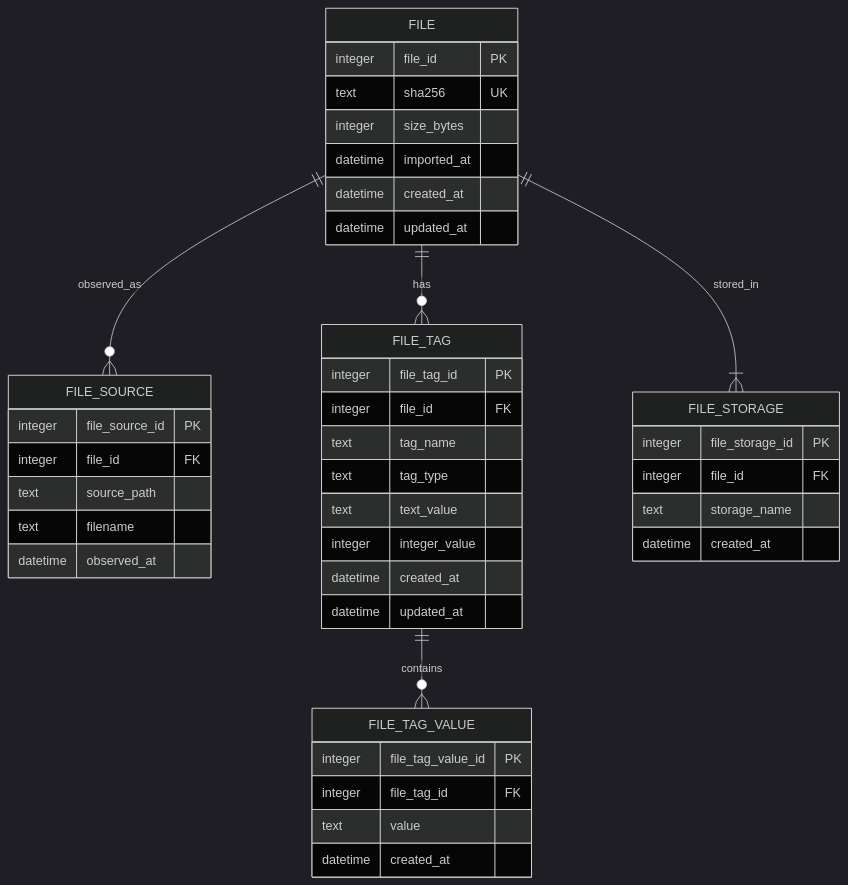
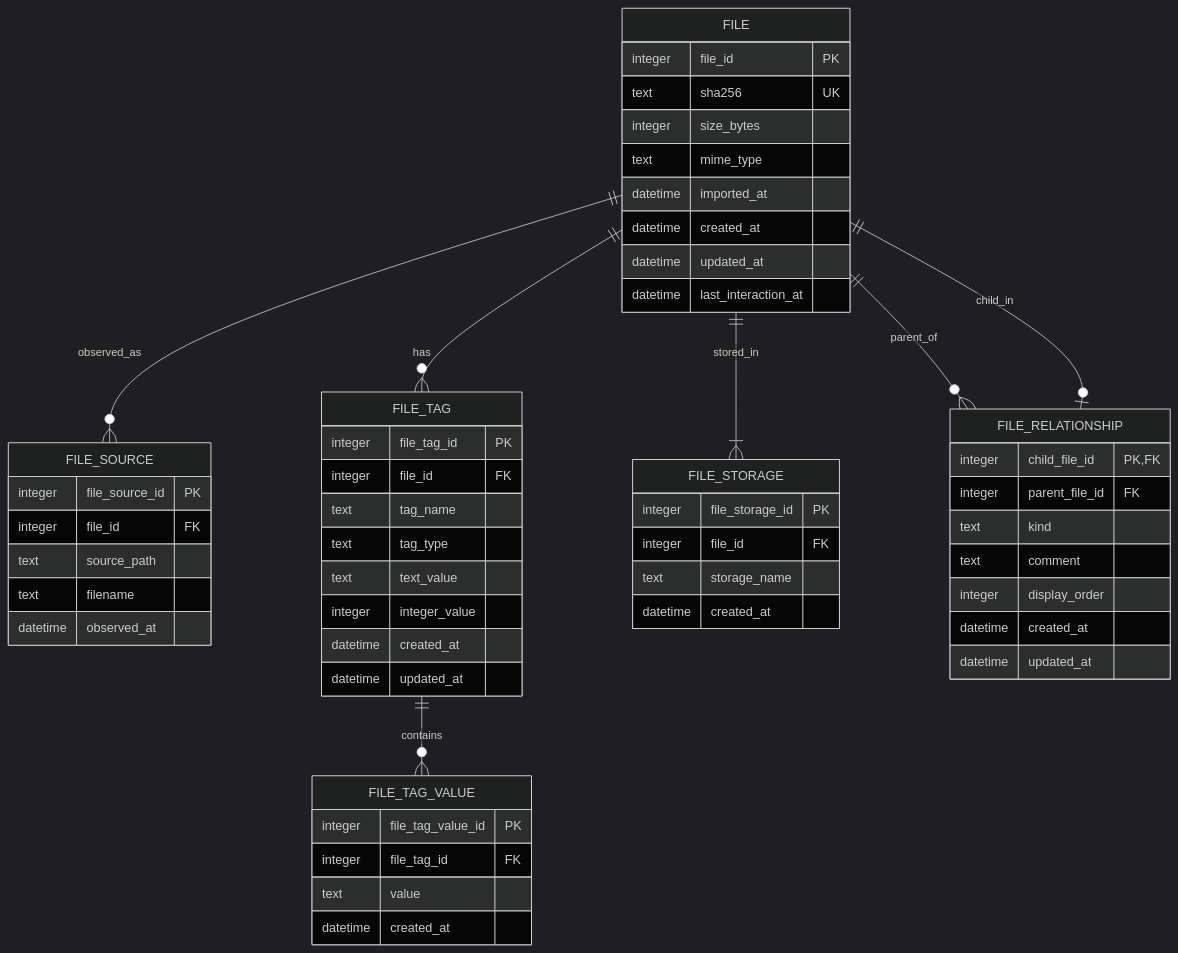
The diagram in docs/collection-db.md (sorrtory/freebooru), drawn with Mermaid (dark theme) before and after one commit. The commit also changed other lines of this file and 47 other files, not shown here.

````diff
--- a/docs/collection-db.md
+++ b/docs/collection-db.md
@@ -13,49 +13,63 @@
 ```mermaid
 erDiagram
     FILE {
         integer file_id PK
         text sha256 UK
         integer size_bytes
+        text mime_type
         datetime imported_at
         datetime created_at
         datetime updated_at
+        datetime last_interaction_at
     }
 
     FILE_SOURCE {
         integer file_source_id PK
         integer file_id FK
         text source_path
         text filename
         datetime observed_at
     }
 
     FILE_TAG {
         integer file_tag_id PK
         integer file_id FK
         text tag_name
         text tag_type
         text text_value
         integer integer_value
         datetime created_at
         datetime updated_at
     }
 
     FILE_TAG_VALUE {
         integer file_tag_value_id PK
         integer file_tag_id FK
         text value
         datetime created_at
     }
 
     FILE_STORAGE {
         integer file_storage_id PK
         integer file_id FK
         text storage_name
         datetime created_at
     }
 
+    FILE_RELATIONSHIP {
+        integer child_file_id PK,FK
+        integer parent_file_id FK
+        text kind
+        text comment
+        integer display_order
+        datetime created_at
+        datetime updated_at
+    }
+
     FILE ||--o{ FILE_SOURCE : observed_as
     FILE ||--o{ FILE_TAG : has
     FILE_TAG ||--o{ FILE_TAG_VALUE : contains
     FILE ||--|{ FILE_STORAGE : stored_in
+    FILE ||--o{ FILE_RELATIONSHIP : parent_of
+    FILE ||--o| FILE_RELATIONSHIP : child_in
 ```
````
